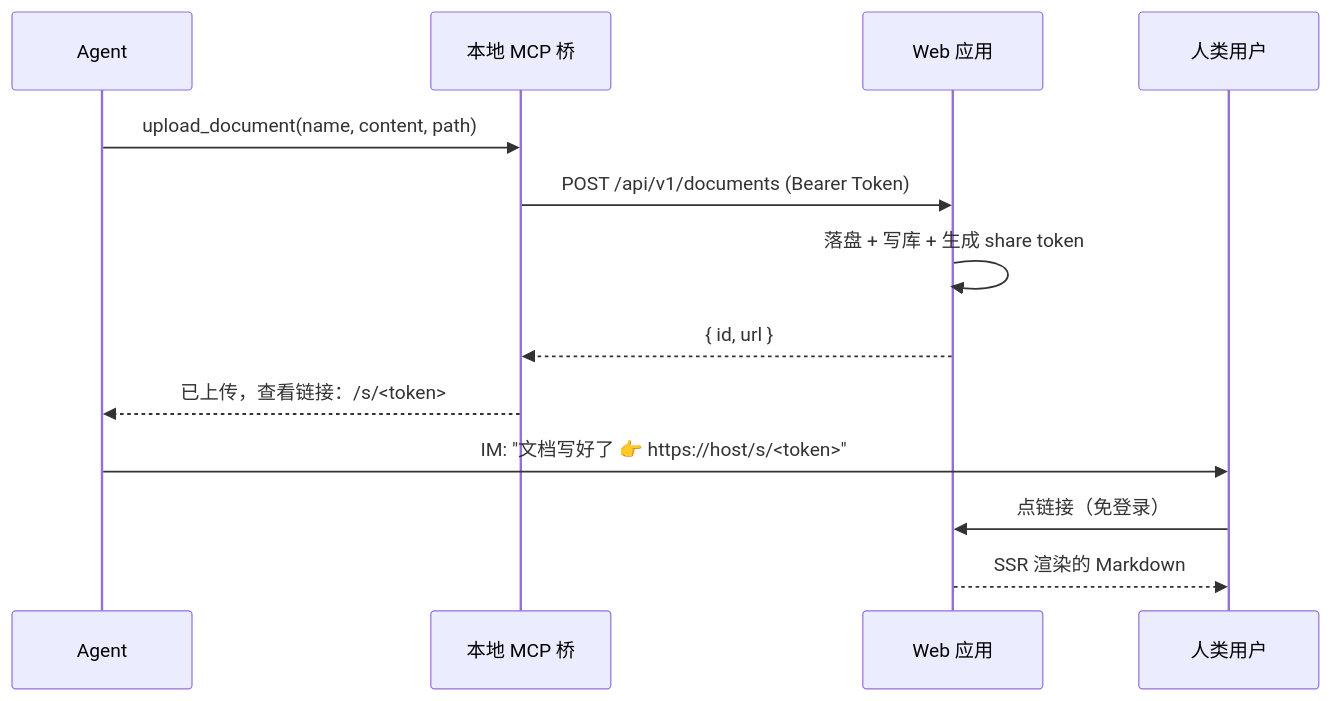
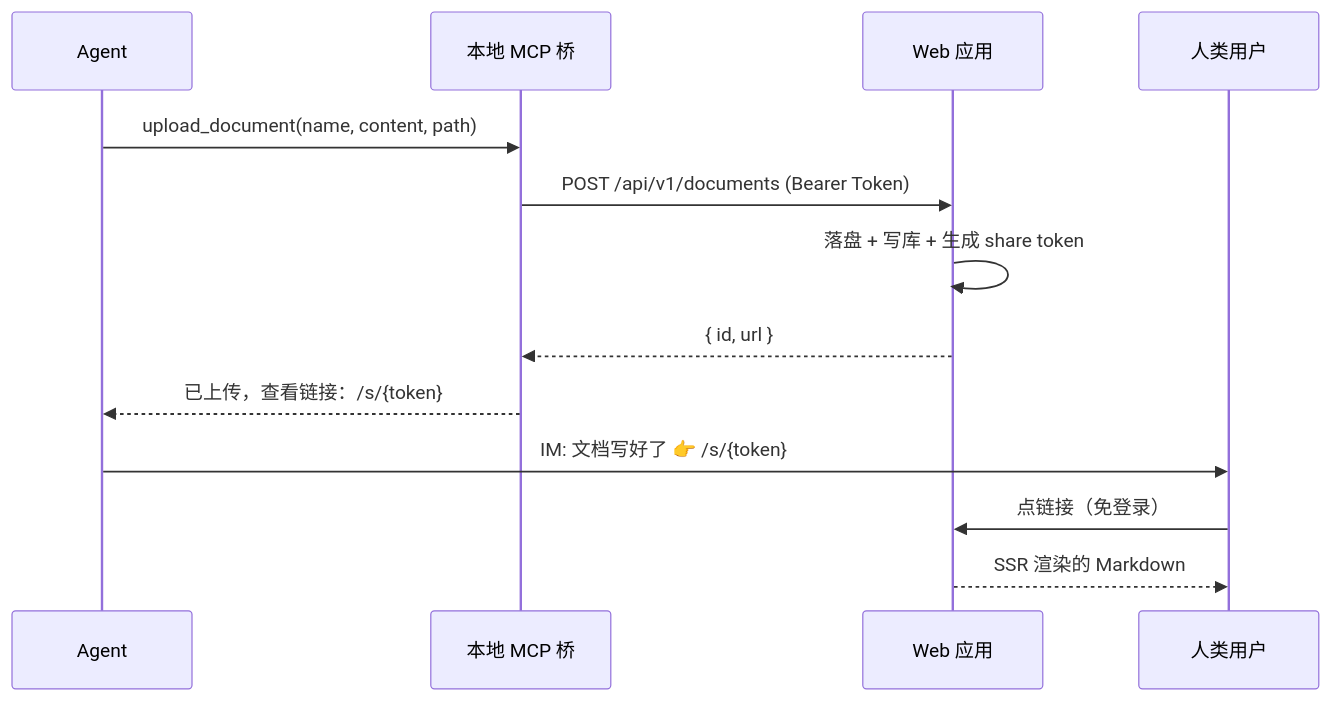
The diagram in README.md (earneet/remote-reader), drawn with Mermaid before and after one commit. The commit also changed 1 other file, not shown here.

Commit message:
fix(docs): README mermaid 序列图改写避开 GitHub 渲染失败
GitHub 端渲染 README 架构图报 "svg element not in render tree"。
最可能来自 viewscreen 渲染管线对 message 文本里裸尖括号
<token>（HTML-like 标签）与外部 URL 的敏感。改：
- /s/<token> → /s/{token}（去裸尖括号）
- 去掉消息内 https://host 外部 URL 与双引号
保留 emoji（实测无害）；语义不变。
mermaid 10.1.0~11.4.0 实测均正常渲染。

````diff
--- a/README.md
+++ b/README.md
@@ -22,16 +22,16 @@
 ```mermaid
 sequenceDiagram
     participant Agent
     participant Bridge as 本地 MCP 桥
     participant Web as Web 应用
     participant User as 人类用户
 
     Agent->>Bridge: upload_document(name, content, path)
     Bridge->>Web: POST /api/v1/documents (Bearer Token)
     Web->>Web: 落盘 + 写库 + 生成 share token
     Web-->>Bridge: { id, url }
-    Bridge-->>Agent: 已上传，查看链接：/s/<token>
-    Agent->>User: IM: "文档写好了 👉 https://host/s/<token>"
+    Bridge-->>Agent: 已上传，查看链接：/s/{token}
+    Agent->>User: IM: 文档写好了 👉 /s/{token}
     User->>Web: 点链接（免登录）
     Web-->>User: SSR 渲染的 Markdown
 ```
````
